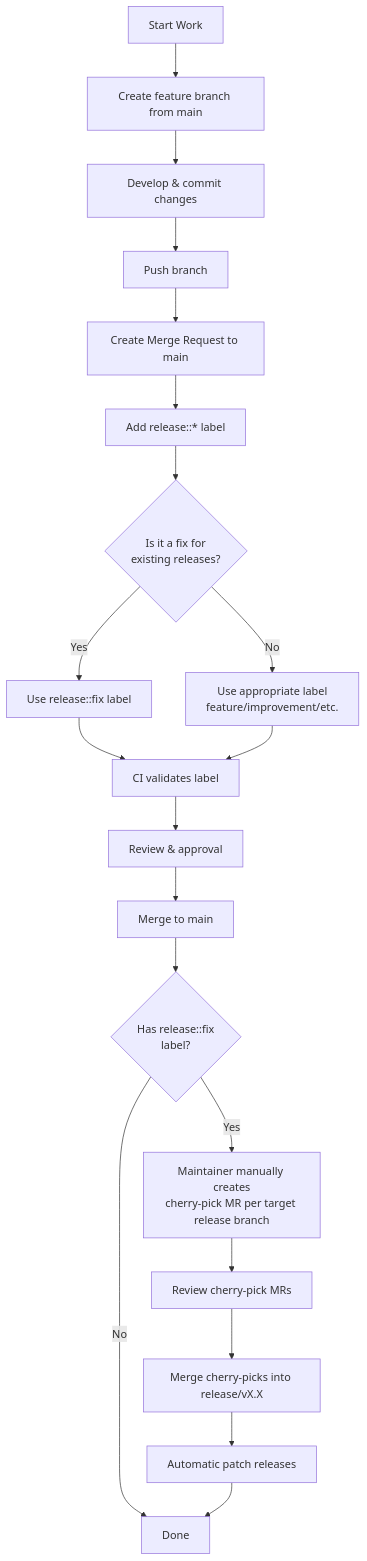
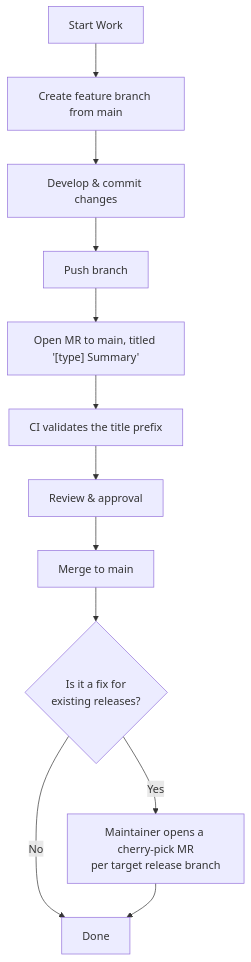
The third of 4 diagrams in BRANCHING.md (aria-ml/dataeval), drawn with Mermaid before and after one commit. The commit also changed other lines of this file and 18 other files, not shown here.

````diff
--- a/BRANCHING.md
+++ b/BRANCHING.md
@@ -240,22 +226,14 @@
 ```mermaid
 flowchart TD
     A[Start Work] --> B[Create feature branch from main]
     B --> C[Develop & commit changes]
     C --> D[Push branch]
-    D --> E[Create Merge Request to main]
-    E --> F[Add release::* label]
-    F --> G{Is it a fix for<br/>existing releases?}
-    G -->|Yes| H[Use release::fix label]
-    G -->|No| I[Use appropriate label<br/>feature/improvement/etc.]
-    H --> J[CI validates label]
-    I --> J
-    J --> K[Review & approval]
-    K --> L[Merge to main]
-    L --> M{Has release::fix<br/>label?}
-    M -->|Yes| N[Maintainer manually creates<br/>cherry-pick MR per target release branch]
-    M -->|No| O[Done]
-    N --> P[Review cherry-pick MRs]
-    P --> Q[Merge cherry-picks into release/vX.X]
-    Q --> R[Automatic patch releases]
-    R --> O
+    D --> E["Open MR to main, titled '[type] Summary'"]
+    E --> F[CI validates the title prefix]
+    F --> G[Review & approval]
+    G --> H[Merge to main]
+    H --> I{Is it a fix for<br/>existing releases?}
+    I -->|Yes| J[Maintainer opens a cherry-pick MR<br/>per target release branch]
+    I -->|No| K[Done]
+    J --> K
 ```
````
